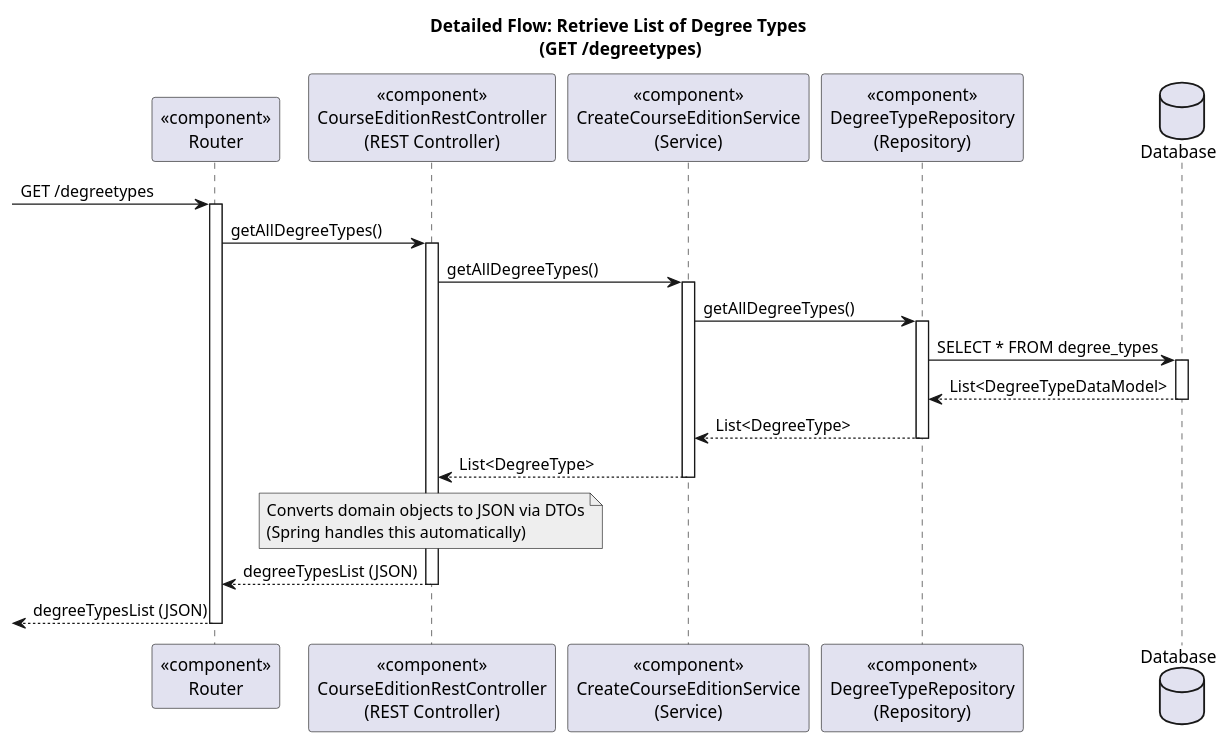
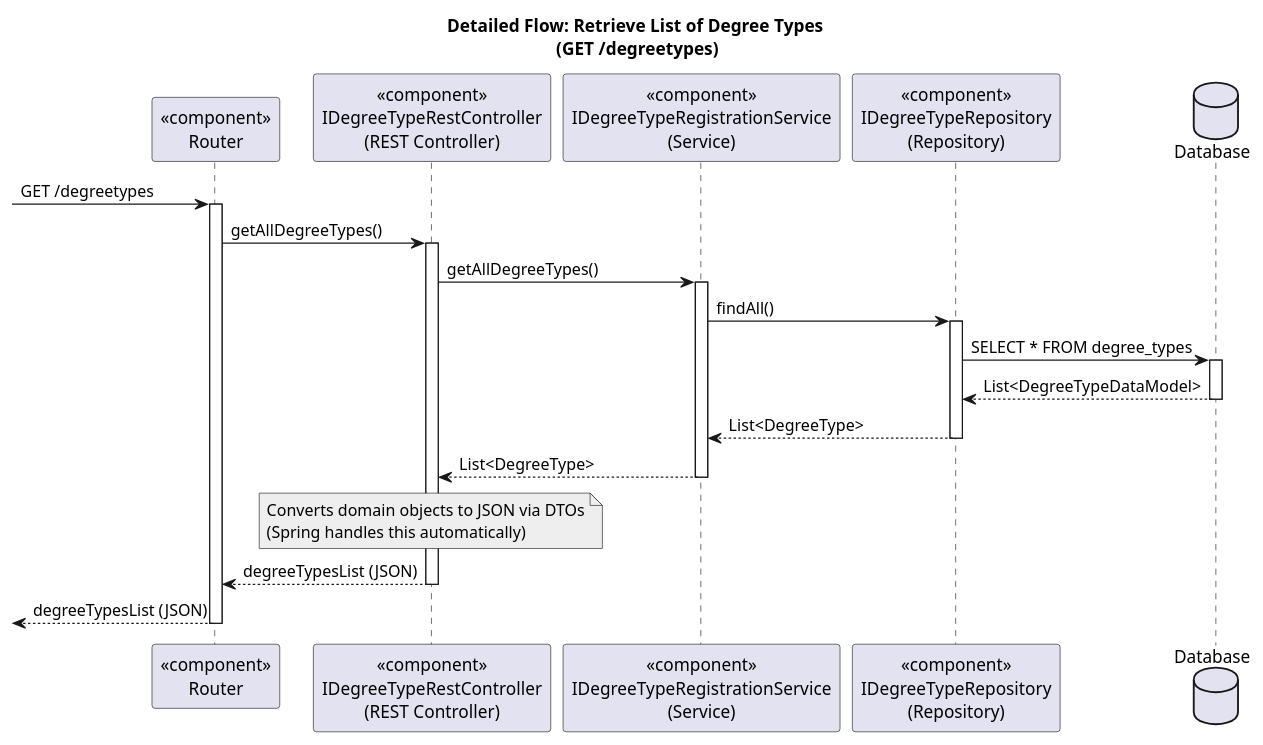
One commit to GasparISEP/DevOps-PAI changed the diagram in docs/US19/Sprint6_RestAPI/ProcessView/references/Reference1_ListOfDegreeTypes.puml. Above: the diagram before and after it, drawn with PlantUML.

Commit message:
[docs] Update detailed flow diagram for List Of Degree Types (reference in createCourseEdition level 3 process view diagram) to use respective REST controller and service (Refs: #536, #549)

```diff
--- a/docs/US19/Sprint6_RestAPI/ProcessView/references/Reference1_ListOfDegreeTypes.puml
+++ b/docs/US19/Sprint6_RestAPI/ProcessView/references/Reference1_ListOfDegreeTypes.puml
@@ -1,45 +1,45 @@
 @startuml
 title Detailed Flow: Retrieve List of Degree Types \n(GET /degreetypes)
 
 participant "<<component>>\nRouter" as Router
-participant "<<component>>\nCourseEditionRestController\n(REST Controller)" as Controller
-participant "<<component>>\nCreateCourseEditionService\n(Service)" as Service
-participant "<<component>>\nDegreeTypeRepository\n(Repository)" as Repository
+participant "<<component>>\nIDegreeTypeRestController\n(REST Controller)" as Controller
+participant "<<component>>\nIDegreeTypeRegistrationService\n(Service)" as Service
+participant "<<component>>\nIDegreeTypeRepository\n(Repository)" as Repository
 database "Database" as DB
 
 -> Router: GET /degreetypes
 activate Router
 
 Router -> Controller: getAllDegreeTypes()
 activate Controller
 
 Controller -> Service: getAllDegreeTypes()
 activate Service
 
-Service -> Repository: getAllDegreeTypes()
+Service -> Repository: findAll()
 activate Repository
 
 Repository -> DB: SELECT * FROM degree_types
 activate DB
 
 DB --> Repository: List<DegreeTypeDataModel>
 deactivate DB
 
 Repository --> Service: List<DegreeType>
 deactivate Repository
 
 Service --> Controller: List<DegreeType>
 deactivate Service
 
 note over Controller #EEEEEE
 Converts domain objects to JSON via DTOs
 (Spring handles this automatically)
 end note
 
 Controller --> Router: degreeTypesList (JSON)
 deactivate Controller
 
 <-- Router : degreeTypesList (JSON)
 deactivate Router
 
 @enduml
```
